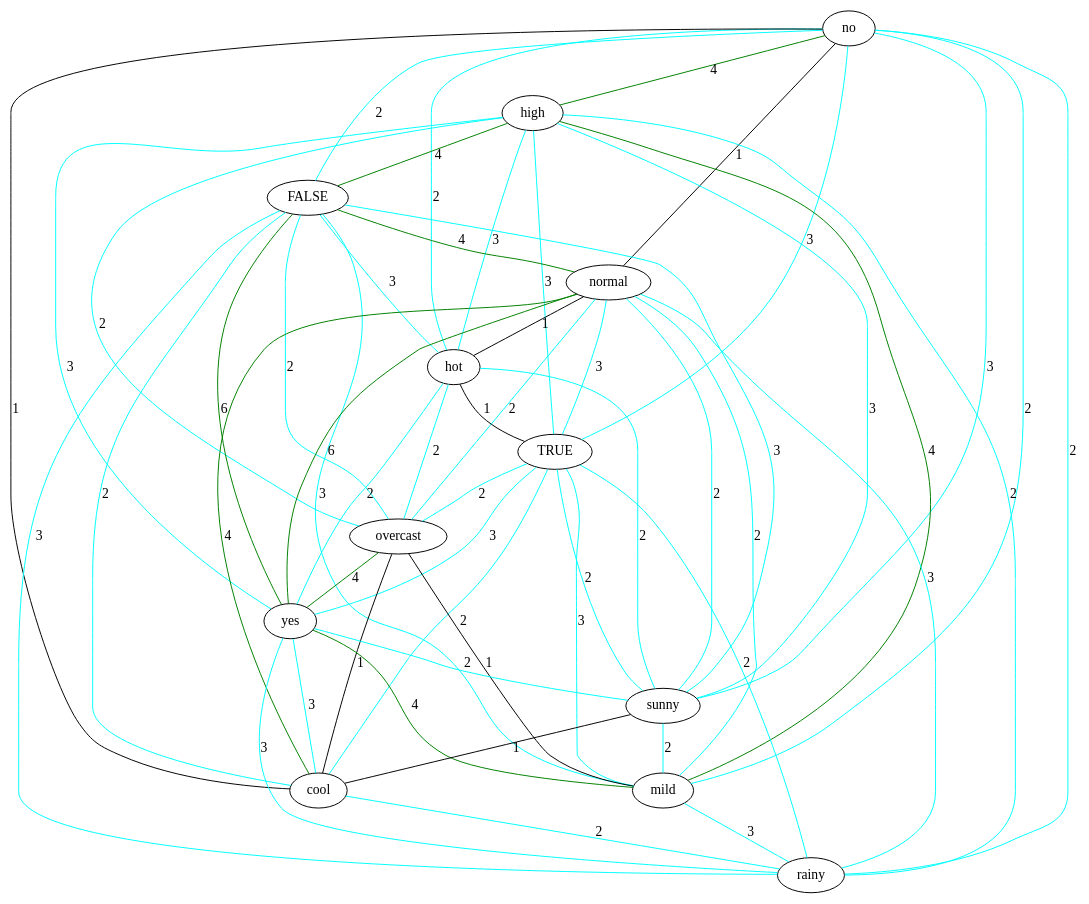
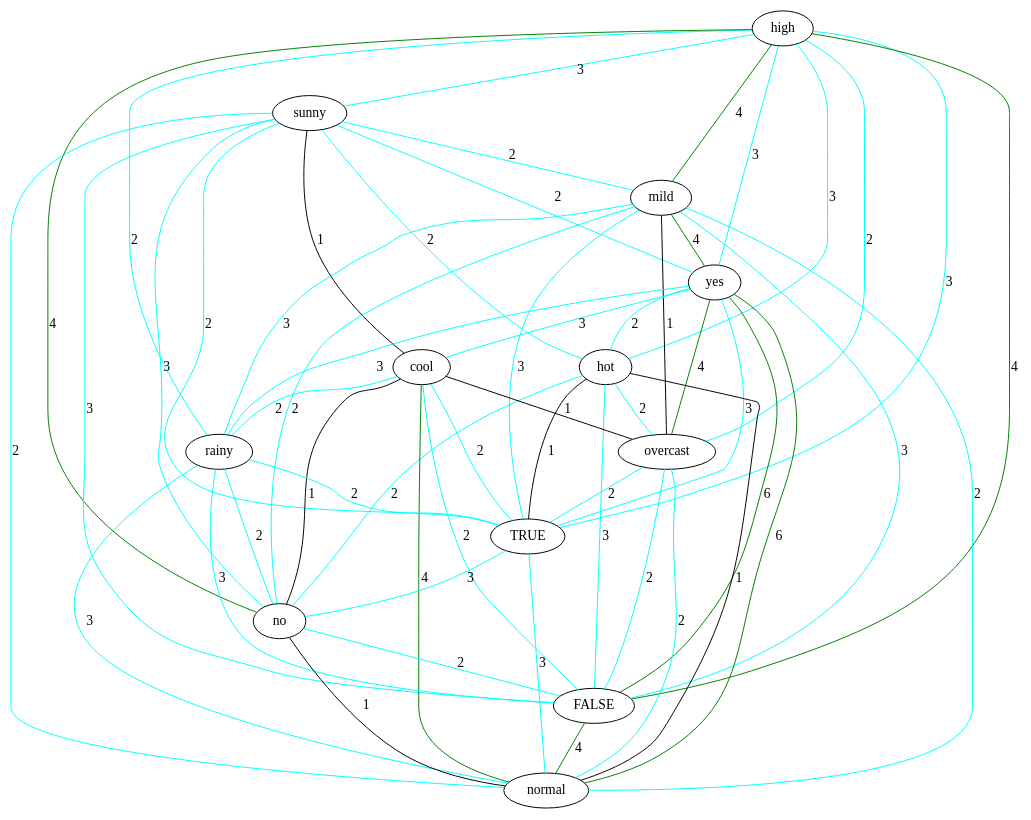
One commit to lrodrin/TFG changed the diagram in src/final/exponentialGraph.dot. Above: the diagram before and after it, drawn with Graphviz. The commit also changed 5 other files, not shown here.

```diff
--- a/src/final/exponentialGraph.dot
+++ b/src/final/exponentialGraph.dot
@@ -1,68 +1,68 @@
 strict graph "" {
+high;
+sunny;
+mild;
+yes;
+hot;
+cool;
+overcast;
+rainy;
+TRUE;
 no;
-high;
 FALSE;
 normal;
-hot;
-TRUE;
-overcast;
-yes;
-sunny;
-mild;
-cool;
-rainy;
-no -- TRUE  [color=cyan, label=3];
-no -- sunny  [color=cyan, label=3];
-no -- mild  [color=cyan, label=2];
-no -- high  [color=green, label=4];
-no -- FALSE  [color=cyan, label=2];
-no -- cool  [color=black, label=1];
-no -- rainy  [color=cyan, label=2];
-no -- hot  [color=cyan, label=2];
-no -- normal  [color=black, label=1];
-high -- TRUE  [color=cyan, label=3];
+high -- rainy  [color=cyan, label=2];
+high -- yes  [color=cyan, label=3];
 high -- overcast  [color=cyan, label=2];
-high -- FALSE  [color=green, label=4];
-high -- yes  [color=cyan, label=3];
 high -- sunny  [color=cyan, label=3];
-high -- rainy  [color=cyan, label=2];
 high -- mild  [color=green, label=4];
 high -- hot  [color=cyan, label=3];
-FALSE -- overcast  [color=cyan, label=2];
-FALSE -- yes  [color=green, label=6];
-FALSE -- sunny  [color=cyan, label=3];
-FALSE -- mild  [color=cyan, label=3];
-FALSE -- cool  [color=cyan, label=2];
-FALSE -- rainy  [color=cyan, label=3];
-FALSE -- hot  [color=cyan, label=3];
+high -- no  [color=green, label=4];
+high -- FALSE  [color=green, label=4];
+high -- TRUE  [color=cyan, label=3];
+sunny -- mild  [color=cyan, label=2];
+sunny -- yes  [color=cyan, label=2];
+sunny -- hot  [color=cyan, label=2];
+sunny -- no  [color=cyan, label=3];
+sunny -- normal  [color=cyan, label=2];
+sunny -- FALSE  [color=cyan, label=3];
+sunny -- cool  [color=black, label=1];
+sunny -- TRUE  [color=cyan, label=2];
+mild -- overcast  [color=black, label=1];
+mild -- TRUE  [color=cyan, label=3];
+mild -- yes  [color=green, label=4];
+mild -- rainy  [color=cyan, label=3];
+mild -- no  [color=cyan, label=2];
+mild -- FALSE  [color=cyan, label=3];
+mild -- normal  [color=cyan, label=2];
+yes -- overcast  [color=green, label=4];
+yes -- rainy  [color=cyan, label=3];
+yes -- hot  [color=cyan, label=2];
+yes -- FALSE  [color=green, label=6];
+yes -- cool  [color=cyan, label=3];
+yes -- TRUE  [color=cyan, label=3];
+yes -- normal  [color=green, label=6];
+hot -- overcast  [color=cyan, label=2];
+hot -- TRUE  [color=black, label=1];
+hot -- no  [color=cyan, label=2];
+hot -- FALSE  [color=cyan, label=3];
+hot -- normal  [color=black, label=1];
+cool -- overcast  [color=black, label=1];
+cool -- rainy  [color=cyan, label=2];
+cool -- TRUE  [color=cyan, label=2];
+cool -- no  [color=black, label=1];
+cool -- FALSE  [color=cyan, label=2];
+cool -- normal  [color=green, label=4];
+overcast -- TRUE  [color=cyan, label=2];
+overcast -- FALSE  [color=cyan, label=2];
+overcast -- normal  [color=cyan, label=2];
+rainy -- TRUE  [color=cyan, label=2];
+rainy -- no  [color=cyan, label=2];
+rainy -- FALSE  [color=cyan, label=3];
+rainy -- normal  [color=cyan, label=3];
+TRUE -- no  [color=cyan, label=3];
+TRUE -- normal  [color=cyan, label=3];
+no -- FALSE  [color=cyan, label=2];
+no -- normal  [color=black, label=1];
 FALSE -- normal  [color=green, label=4];
-normal -- TRUE  [color=cyan, label=3];
-normal -- overcast  [color=cyan, label=2];
-normal -- yes  [color=green, label=6];
-normal -- sunny  [color=cyan, label=2];
-normal -- rainy  [color=cyan, label=3];
-normal -- cool  [color=green, label=4];
-normal -- mild  [color=cyan, label=2];
-normal -- hot  [color=black, label=1];
-hot -- TRUE  [color=black, label=1];
-hot -- overcast  [color=cyan, label=2];
-hot -- yes  [color=cyan, label=2];
-hot -- sunny  [color=cyan, label=2];
-TRUE -- overcast  [color=cyan, label=2];
-TRUE -- yes  [color=cyan, label=3];
-TRUE -- sunny  [color=cyan, label=2];
-TRUE -- mild  [color=cyan, label=3];
-TRUE -- rainy  [color=cyan, label=2];
-TRUE -- cool  [color=cyan, label=2];
-overcast -- yes  [color=green, label=4];
-overcast -- mild  [color=black, label=1];
-overcast -- cool  [color=black, label=1];
-yes -- sunny  [color=cyan, label=2];
-yes -- mild  [color=green, label=4];
-yes -- rainy  [color=cyan, label=3];
-yes -- cool  [color=cyan, label=3];
-sunny -- cool  [color=black, label=1];
-sunny -- mild  [color=cyan, label=2];
-mild -- rainy  [color=cyan, label=3];
-cool -- rainy  [color=cyan, label=2];
 }
```
